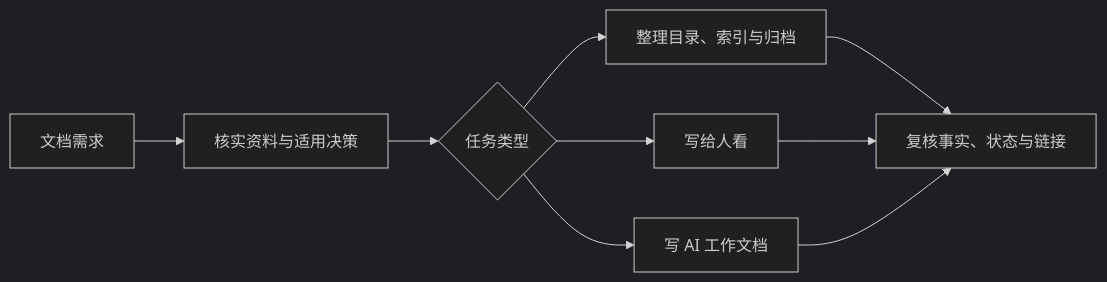
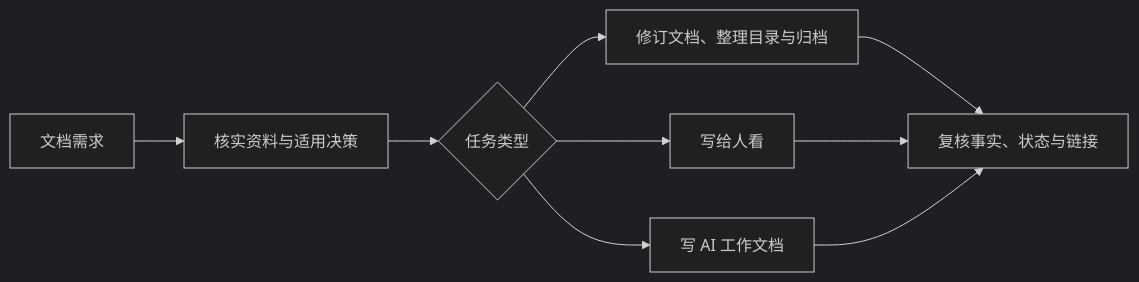
One commit to Fengerss/project-docs-skill changed the diagram in README.md. Above: the diagram before and after it, drawn with Mermaid (dark theme). The commit also changed other lines of this file and 10 other files, not shown here.

````diff
--- a/README.md
+++ b/README.md
@@ -34,11 +34,11 @@
 ```mermaid
 flowchart LR
     A[文档需求] --> B[核实资料与适用决策]
     B --> C{任务类型}
-    C --> D[整理目录、索引与归档]
+    C --> D[修订文档、整理目录与归档]
     C --> E[写给人看]
     C --> F[写 AI 工作文档]
     D --> G[复核事实、状态与链接]
     E --> G
     F --> G
 ```
````
